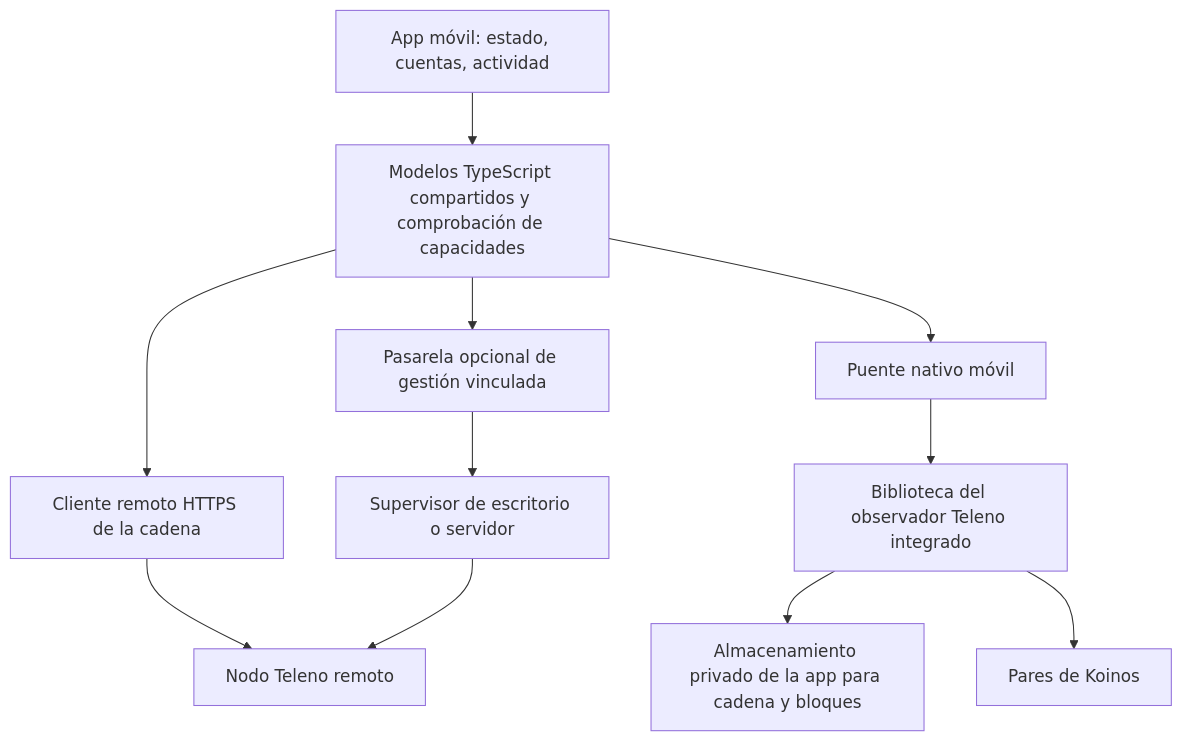
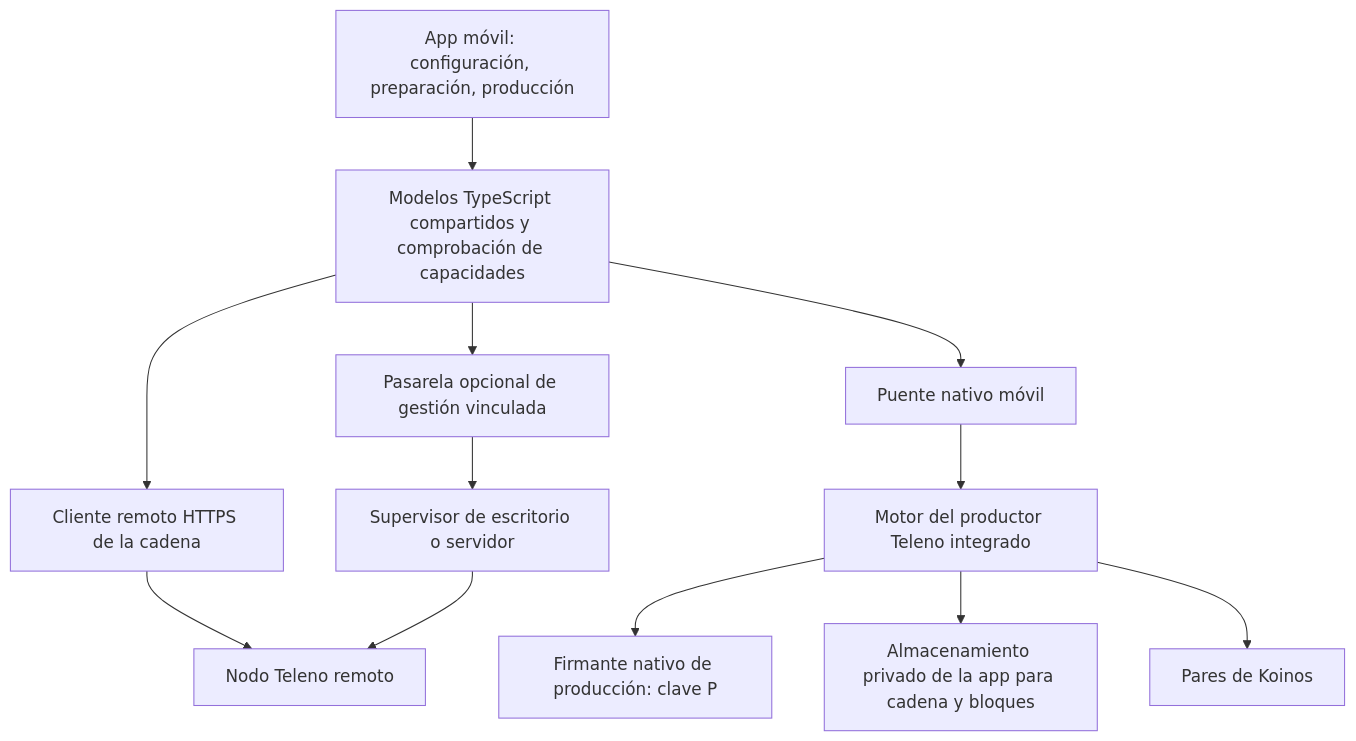
One commit to koinos/teleno changed the second of 2 diagrams in docs/implementation/teleno-mobile-feasibility-and-implementation-plan.es.md. Above: the diagram before and after it, drawn with Mermaid. The commit also changed other lines of this file and 2 other files, not shown here.

````diff
--- a/docs/implementation/teleno-mobile-feasibility-and-implementation-plan.es.md
+++ b/docs/implementation/teleno-mobile-feasibility-and-implementation-plan.es.md
@@ -156,23 +212,25 @@
 ```mermaid
 flowchart TB
-    UI[App móvil: estado, cuentas, actividad]
+    UI[App móvil: configuración, preparación, producción]
     Domain[Modelos TypeScript compartidos y comprobación de capacidades]
     Remote[Cliente remoto HTTPS de la cadena]
     Bridge[Puente nativo móvil]
-    Core[Biblioteca del observador Teleno integrado]
+    Core[Motor del productor Teleno integrado]
+    Signer[Firmante nativo de producción: clave P]
     Storage[Almacenamiento privado de la app para cadena y bloques]
     Peers[Pares de Koinos]
     Gateway[Pasarela opcional de gestión vinculada]
     Supervisor[Supervisor de escritorio o servidor]
     Node[Nodo Teleno remoto]
     UI --> Domain
     Domain --> Remote
     Remote --> Node
     Domain --> Bridge
     Bridge --> Core
+    Core --> Signer
     Core --> Storage
     Core --> Peers
     Domain --> Gateway
     Gateway --> Supervisor
     Supervisor --> Node
 ```
````
